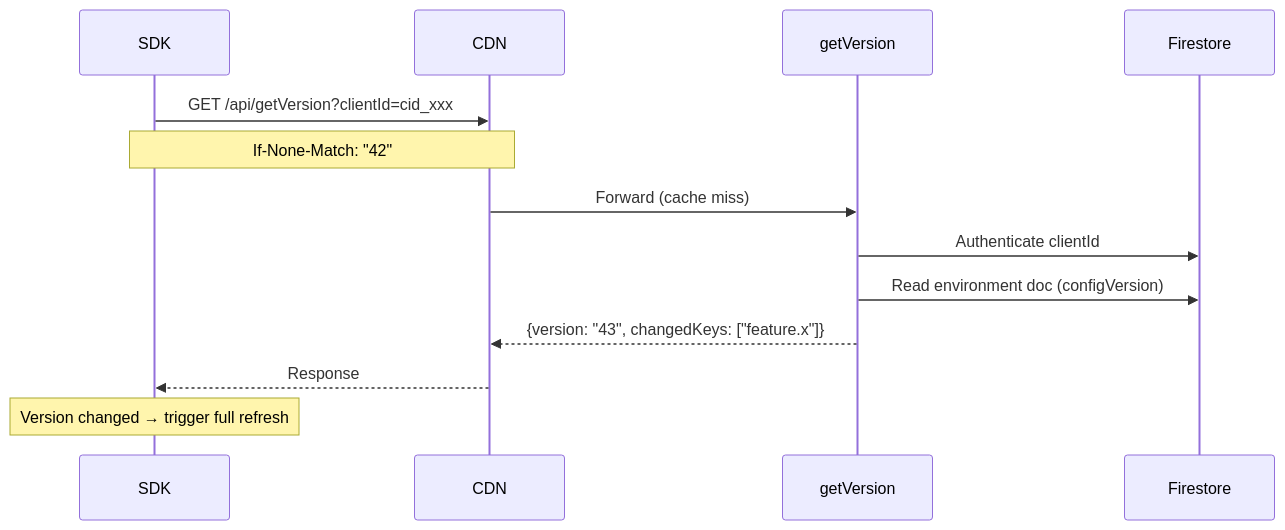
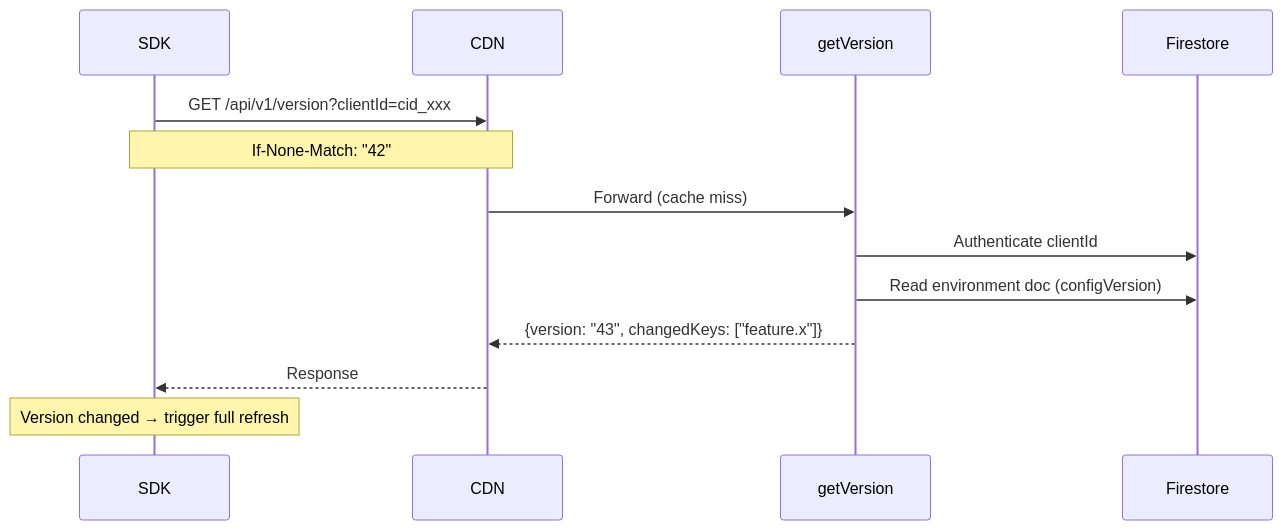
Before and after one commit to jewel998/config: the third of 7 diagrams in apps/docs/api/cloud-functions.md, drawn with Mermaid. The commit also changed other lines of this file and 13 other files, not shown here.

First line of the commit message:
feat: version API endpoints (/api/v1/config, /api/v1/version)

````diff
--- a/apps/docs/api/cloud-functions.md
+++ b/apps/docs/api/cloud-functions.md
@@ -150,16 +150,16 @@
 ```mermaid
 sequenceDiagram
     participant SDK
     participant CDN
     participant getVersion
     participant Firestore
 
-    SDK->>CDN: GET /api/getVersion?clientId=cid_xxx
+    SDK->>CDN: GET /api/v1/version?clientId=cid_xxx
     Note over SDK,CDN: If-None-Match: "42"
     CDN->>getVersion: Forward (cache miss)
     getVersion->>Firestore: Authenticate clientId
     getVersion->>Firestore: Read environment doc (configVersion)
     getVersion-->>CDN: {version: "43", changedKeys: ["feature.x"]}
     CDN-->>SDK: Response
     Note over SDK: Version changed → trigger full refresh
 ```
````
